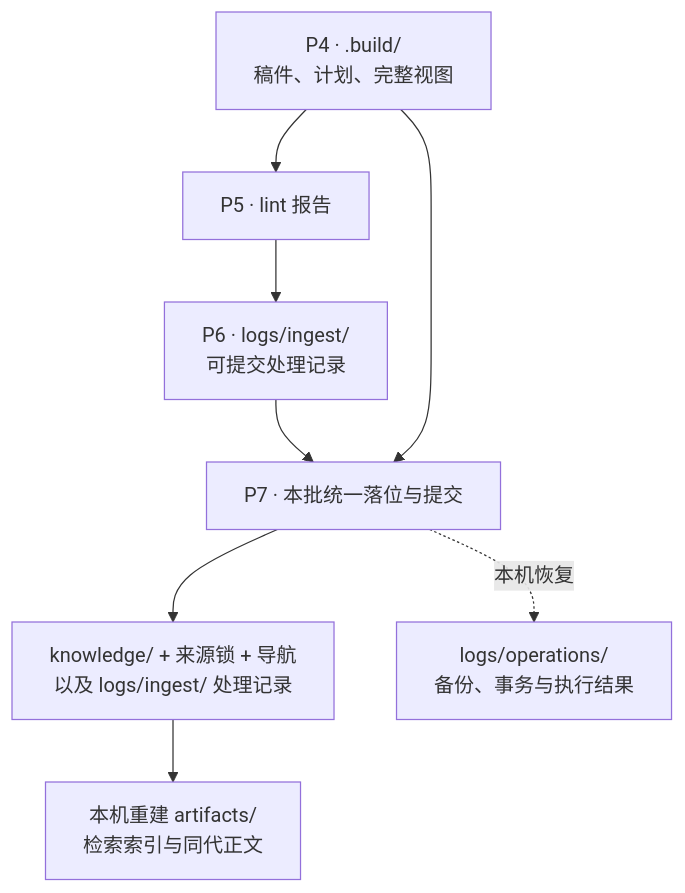
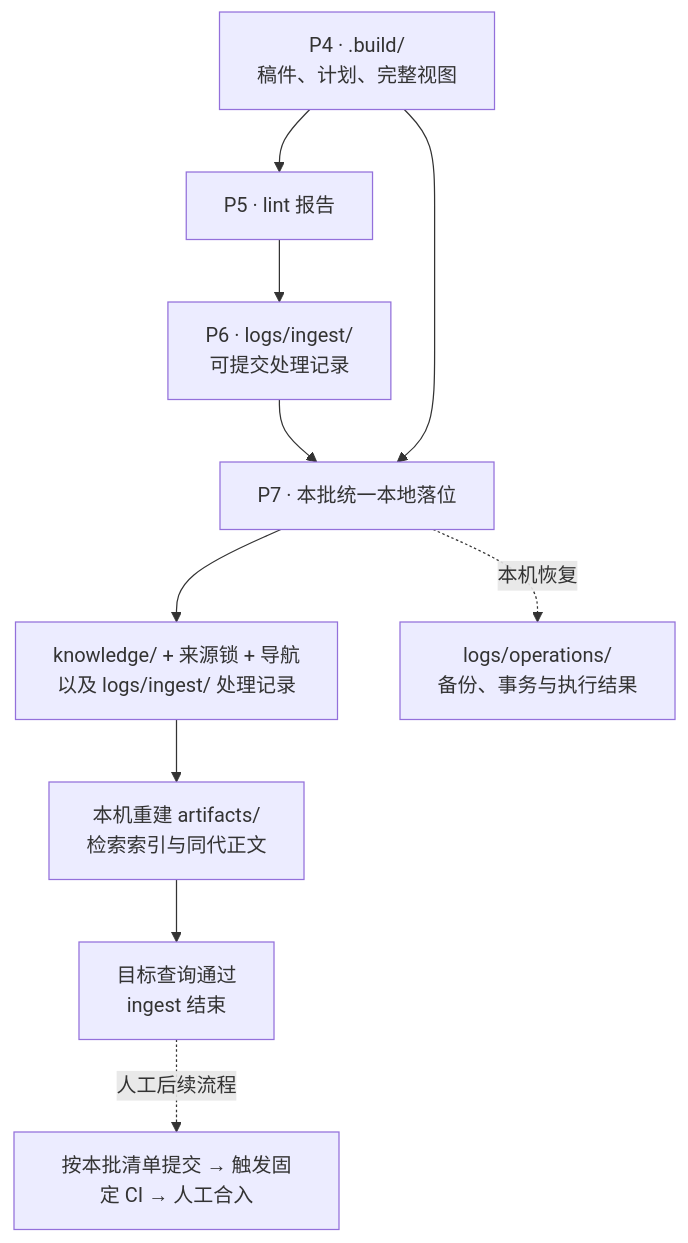
One commit to Robin-hhc/FactumCore changed diagram 18 of 19 in aiotbot-knowledge-wifi-mp/docs-llm-wiki/知识库详细设计.md. Above: the diagram before and after it, drawn with Mermaid. The commit also changed other lines of this file and 95 other files, not shown here.

````diff
--- a/aiotbot-knowledge-wifi-mp/docs-llm-wiki/知识库详细设计.md
+++ b/aiotbot-knowledge-wifi-mp/docs-llm-wiki/知识库详细设计.md
@@ -767,10 +780,12 @@
 ```mermaid
 flowchart TD
     DRAFT["P4 · .build/<br/>稿件、计划、完整视图"] --> CHECK["P5 · lint 报告"]
     CHECK --> RECORD["P6 · logs/ingest/<br/>可提交处理记录"]
-    RECORD --> APPLY["P7 · 本批统一落位与提交"]
+    RECORD --> APPLY["P7 · 本批统一本地落位"]
     DRAFT --> APPLY
     APPLY --> SHARED["knowledge/ + 来源锁 + 导航<br/>以及 logs/ingest/ 处理记录"]
     APPLY -. "本机恢复" .-> LOCAL["logs/operations/<br/>备份、事务与执行结果"]
     SHARED --> INDEX["本机重建 artifacts/<br/>检索索引与同代正文"]
+    INDEX --> DONE["目标查询通过<br/>ingest 结束"]
+    DONE -. "人工后续流程" .-> GIT["按本批清单提交 → 触发固定 CI → 人工合入"]
 ```
````
